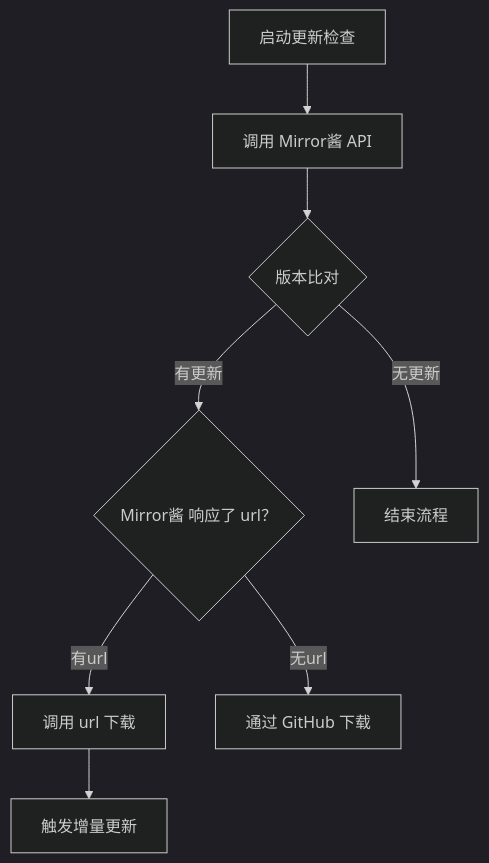
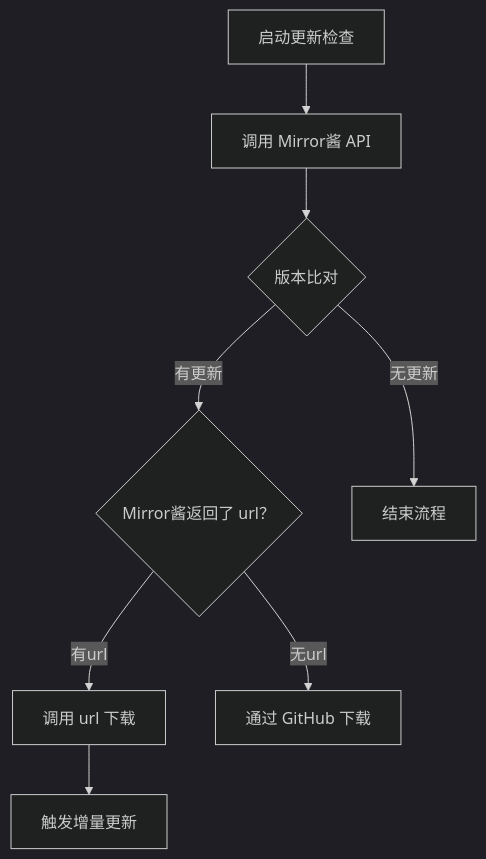
Before and after one commit to MirrorChyan/docs: the diagram in README.md, drawn with Mermaid (dark theme). The commit also changed other lines of this file, not shown here.

````diff
--- a/README.md
+++ b/README.md
@@ -67,10 +69,10 @@
 ```mermaid
 graph TD
     A[启动更新检查] --> B[调用 Mirror酱 API]
     B --> C{版本比对}
-    C -->|有更新| D{Mirror酱 响应了 url？}
+    C -->|有更新| D{Mirror酱返回了 url？}
     C -->|无更新| Z[结束流程]
     D -->|有url| E[调用 url 下载]
     D -->|无url| F[通过 GitHub 下载]
     E --> I[触发增量更新]
 ```
````
